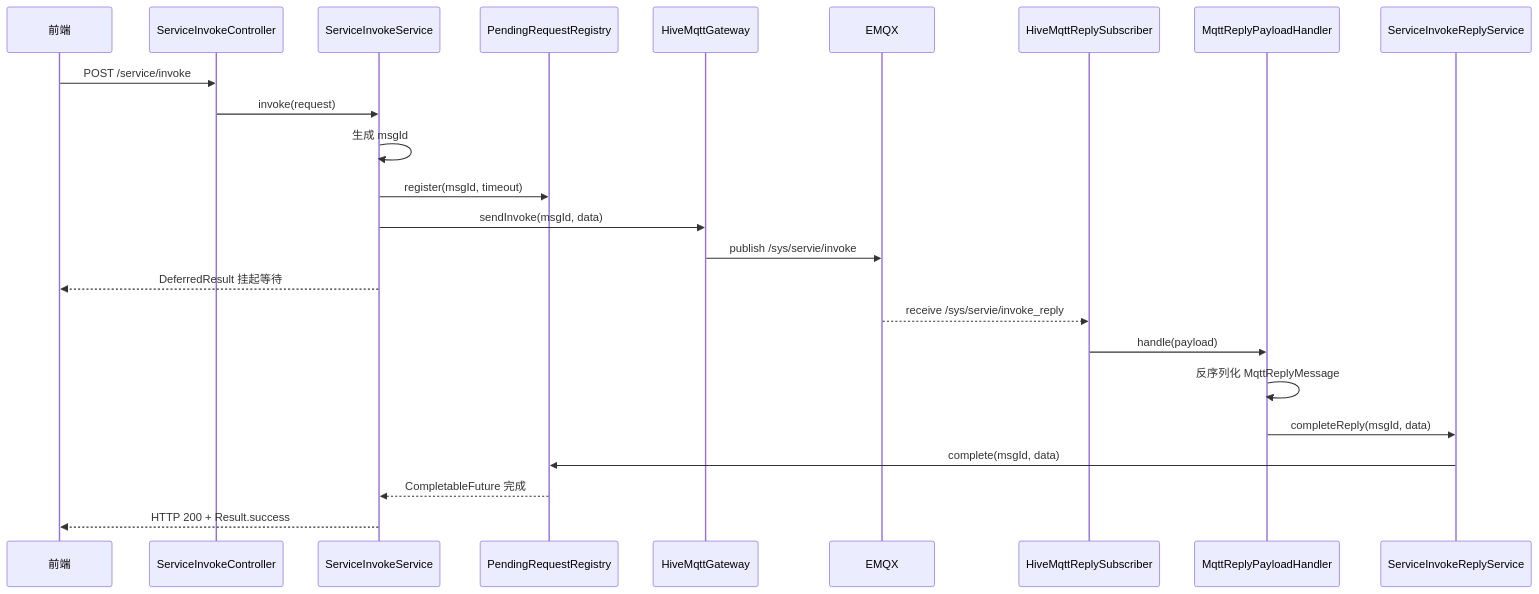
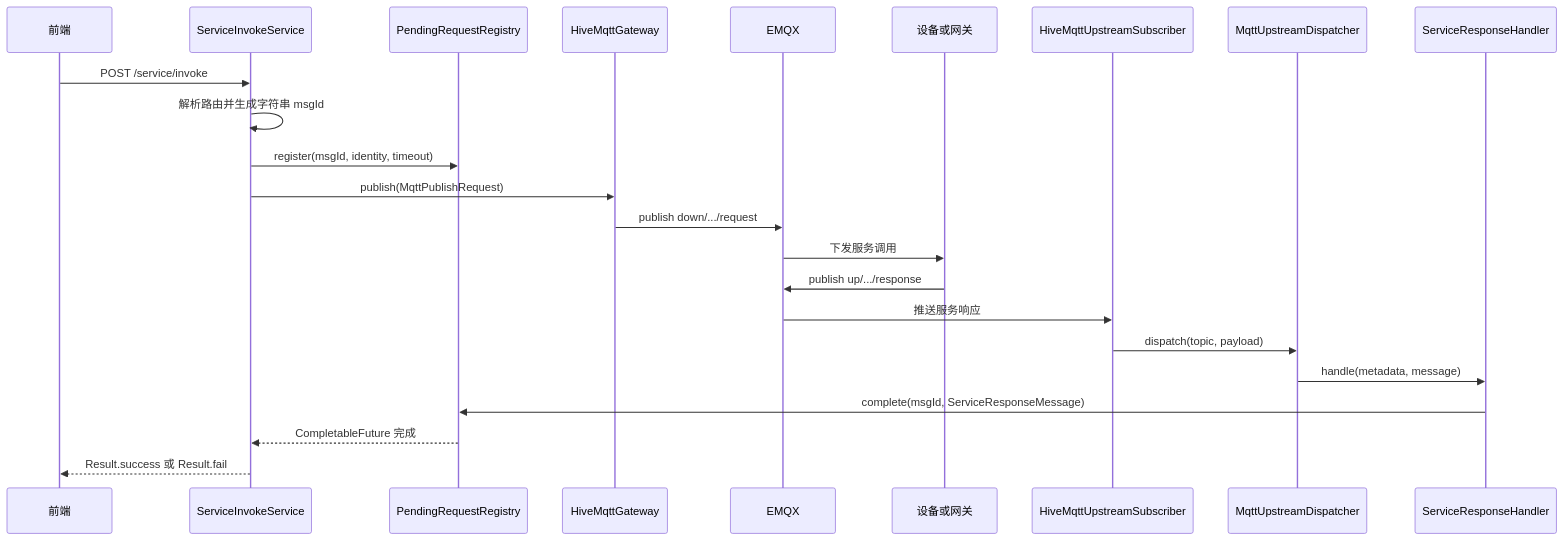
The second of 2 diagrams in project/iot/doc/服务调用-上报-类关系图.md (CodingSoldier/java-learn), drawn with Mermaid before and after one commit. The commit also changed other lines of this file and 44 other files, not shown here.

````diff
--- a/project/iot/doc/服务调用-上报-类关系图.md
+++ b/project/iot/doc/服务调用-上报-类关系图.md
@@ -40,28 +38,26 @@
 ```mermaid
 sequenceDiagram
     participant Frontend as 前端
-    participant Controller as ServiceInvokeController
-    participant InvokeService as ServiceInvokeService
+    participant Service as ServiceInvokeService
     participant Registry as PendingRequestRegistry
     participant Gateway as HiveMqttGateway
     participant EMQX as EMQX
-    participant Subscriber as HiveMqttReplySubscriber
-    participant Handler as MqttReplyPayloadHandler
-    participant ReplyService as ServiceInvokeReplyService
+    participant Device as 设备或网关
+    participant Subscriber as HiveMqttUpstreamSubscriber
+    participant Dispatcher as MqttUpstreamDispatcher
+    participant Handler as ServiceResponseHandler
 
-    Frontend->>Controller: POST /service/invoke
-    Controller->>InvokeService: invoke(request)
-    InvokeService->>InvokeService: 生成 msgId
-    InvokeService->>Registry: register(msgId, timeout)
-    InvokeService->>Gateway: sendInvoke(msgId, data)
-    Gateway->>EMQX: publish /sys/servie/invoke
-    InvokeService-->>Frontend: DeferredResult 挂起等待
-
-    EMQX-->>Subscriber: receive /sys/servie/invoke_reply
-    Subscriber->>Handler: handle(payload)
-    Handler->>Handler: 反序列化 MqttReplyMessage
-    Handler->>ReplyService: completeReply(msgId, data)
-    ReplyService->>Registry: complete(msgId, data)
-    Registry-->>InvokeService: CompletableFuture 完成
-    InvokeService-->>Frontend: HTTP 200 + Result.success
+    Frontend->>Service: POST /service/invoke
+    Service->>Service: 解析路由并生成字符串 msgId
+    Service->>Registry: register(msgId, identity, timeout)
+    Service->>Gateway: publish(MqttPublishRequest)
+    Gateway->>EMQX: publish down/.../request
+    EMQX->>Device: 下发服务调用
+    Device->>EMQX: publish up/.../response
+    EMQX->>Subscriber: 推送服务响应
+    Subscriber->>Dispatcher: dispatch(topic, payload)
+    Dispatcher->>Handler: handle(metadata, message)
+    Handler->>Registry: complete(msgId, ServiceResponseMessage)
+    Registry-->>Service: CompletableFuture 完成
+    Service-->>Frontend: Result.success 或 Result.fail
 ```
````
